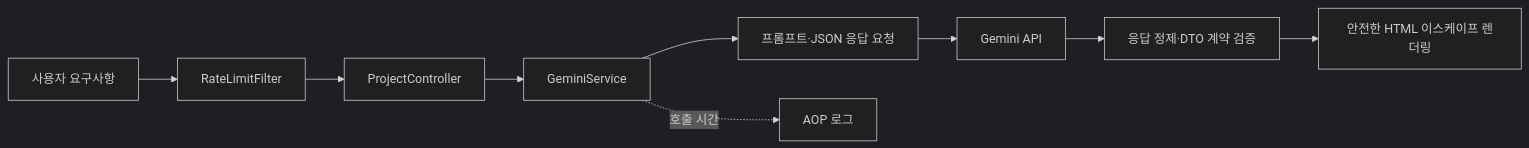
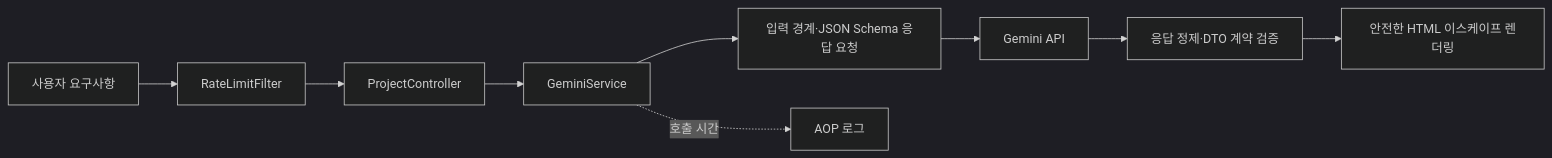
Before and after one commit to aozjtm55543-wq/ArchFlow: the diagram in docs/PORTFOLIO.md, drawn with Mermaid (dark theme). The commit also changed other lines of this file and 8 other files, not shown here.

````diff
--- a/docs/PORTFOLIO.md
+++ b/docs/PORTFOLIO.md
@@ -19,11 +20,11 @@
 ```mermaid
 flowchart LR
     U["사용자 요구사항"] --> R["RateLimitFilter"]
     R --> C["ProjectController"]
     C --> G["GeminiService"]
-    G --> P["프롬프트·JSON 응답 요청"]
+    G --> P["입력 경계·JSON Schema 응답 요청"]
     P --> A["Gemini API"]
     A --> V["응답 정제·DTO 계약 검증"]
     V --> S["안전한 HTML 이스케이프 렌더링"]
     G -. "호출 시간" .-> O["AOP 로그"]
 ```
````
